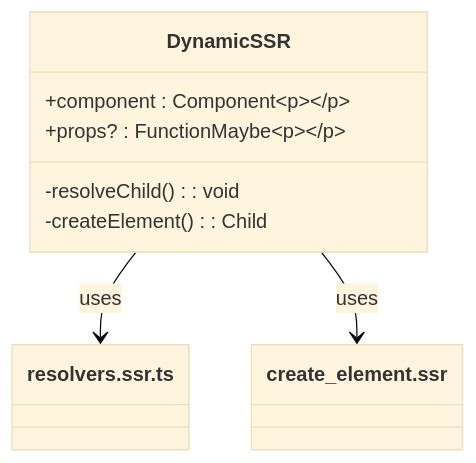
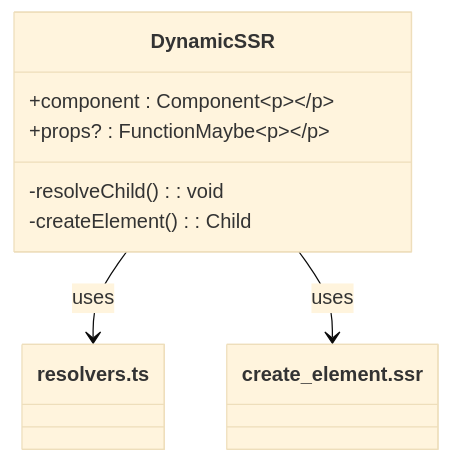
Before and after one commit to wobyjs/woby: the third of 6 diagrams in .qoder/repowiki/en/content/Components/Dynamic Components.md, drawn with Mermaid (base theme). The commit also changed other lines of this file and 36 other files, not shown here.

````diff
--- a/.qoder/repowiki/en/content/Components/Dynamic Components.md
+++ b/.qoder/repowiki/en/content/Components/Dynamic Components.md
@@ -100,11 +100,11 @@
 ```mermaid
 classDiagram
 class DynamicSSR {
 +component : Component<P>
 +props? : FunctionMaybe<P | null>
 -resolveChild() : void
 -createElement() : Child
 }
-DynamicSSR --> resolvers.ssr.ts : uses
+DynamicSSR --> resolvers.ts : uses
 DynamicSSR --> create_element.ssr : uses
 ```
````
